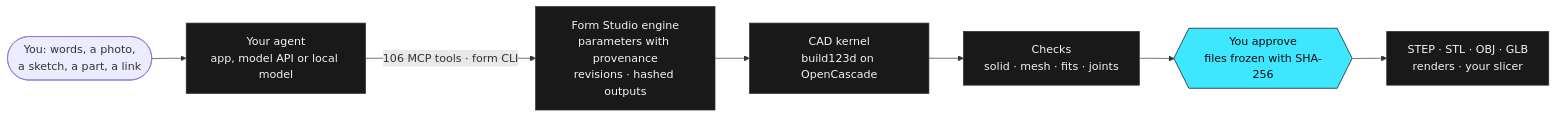
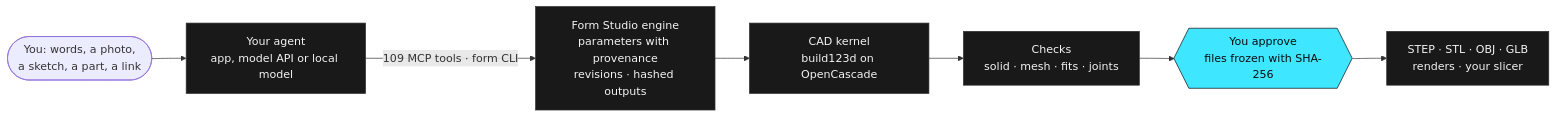
One commit to kaizensx/form-studio changed the diagram in README.md. Above: the diagram before and after it, drawn with Mermaid. The commit also changed other lines of this file and 37 other files, not shown here.

````diff
--- a/README.md
+++ b/README.md
@@ -86,13 +86,13 @@
 ```mermaid
 flowchart LR
   you(["You: words, a photo,<br/>a sketch, a part, a link"]) --> agent["Your agent<br/>app, model API or local model"]
-  agent -- "106 MCP tools · form CLI" --> engine["Form Studio engine<br/>parameters with provenance<br/>revisions · hashed outputs"]
+  agent -- "109 MCP tools · form CLI" --> engine["Form Studio engine<br/>parameters with provenance<br/>revisions · hashed outputs"]
   engine --> kernel["CAD kernel<br/>build123d on OpenCascade"]
   kernel --> checks["Checks<br/>solid · mesh · fits · joints"]
   checks --> release{{"You approve<br/>files frozen with SHA-256"}}
   release --> out["STEP · STL · OBJ · GLB<br/>renders · your slicer"]
   classDef datum fill:#3ee6ff,stroke:#0b0b0c,color:#0b0b0c
   classDef plate fill:#19191a,stroke:#2f2f31,color:#f4f3f1
   class release datum
   class agent,engine,kernel,checks,out plate
 ```
````
